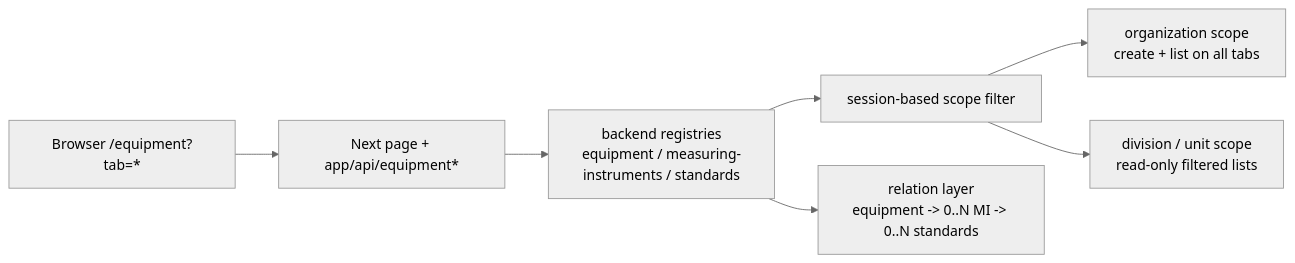
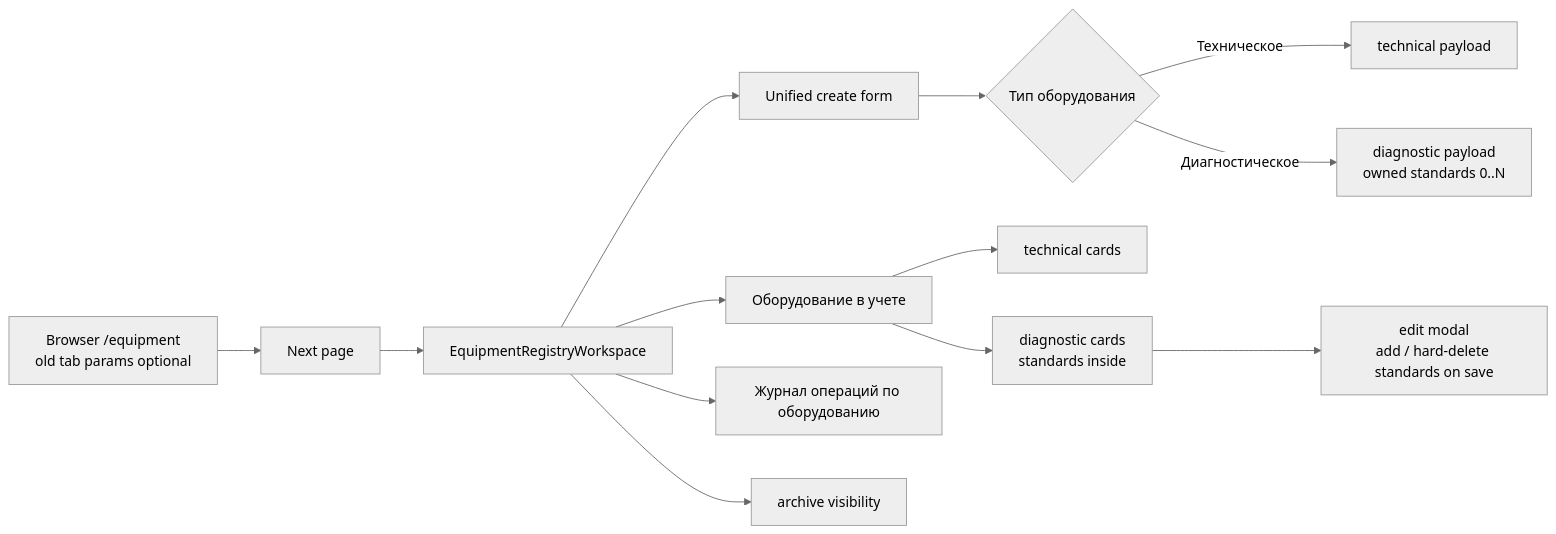
Before and after one commit to vrk-app/vrk: the sixth of 9 diagrams in docs/architecture/frontend-architecture.md, drawn with Mermaid (neutral theme). The commit also changed other lines of this file and 196 other files, not shown here.

First line of the commit message:
fix(app): align standards ownership with instruments

````diff
--- a/docs/architecture/frontend-architecture.md
+++ b/docs/architecture/frontend-architecture.md
@@ -195,9 +203,15 @@
 ```mermaid
 flowchart LR
-    A["Browser /equipment?tab=*"] --> B["Next page + app/api/equipment*"]
-    B --> C["backend registries<br/>equipment / measuring-instruments / standards"]
-    C --> D["session-based scope filter"]
-    D --> E["organization scope<br/>create + list on all tabs"]
-    D --> F["division / unit scope<br/>read-only filtered lists"]
-    C --> G["relation layer<br/>equipment -> 0..N MI -> 0..N standards"]
+    A["Browser /equipment<br/>old tab params optional"] --> B["Next page"]
+    B --> C["EquipmentRegistryWorkspace"]
+    C --> D["Unified create form"]
+    D --> E{"Тип оборудования"}
+    E -->|"Техническое"| F["technical payload"]
+    E -->|"Диагностическое"| G["diagnostic payload<br/>owned standards 0..N"]
+    C --> H["Оборудование в учете"]
+    H --> I["technical cards"]
+    H --> J["diagnostic cards<br/>standards inside"]
+    J --> M["edit modal<br/>add / hard-delete standards on save"]
+    C --> K["Журнал операций по оборудованию"]
+    C --> L["archive visibility"]
 ```
````
